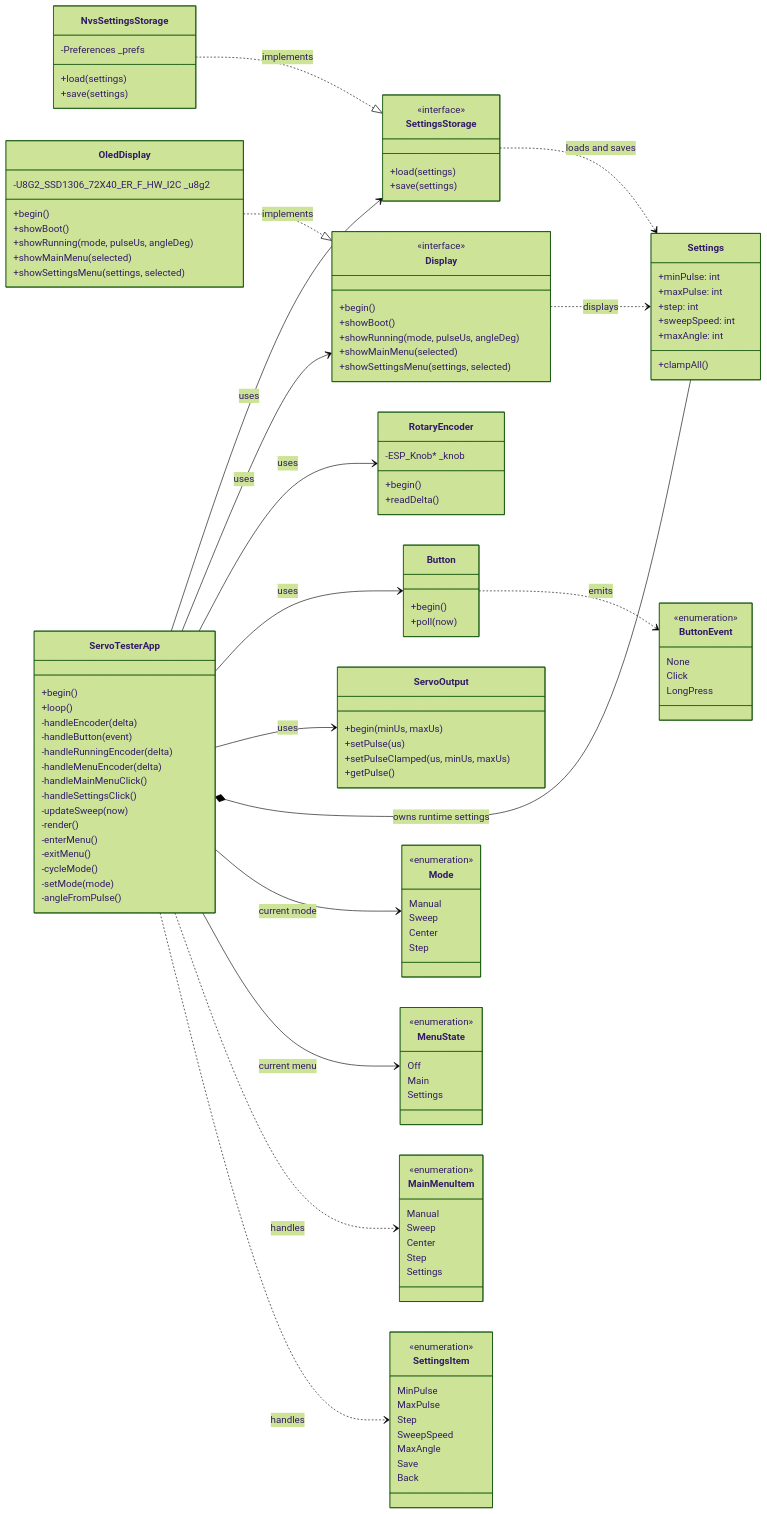
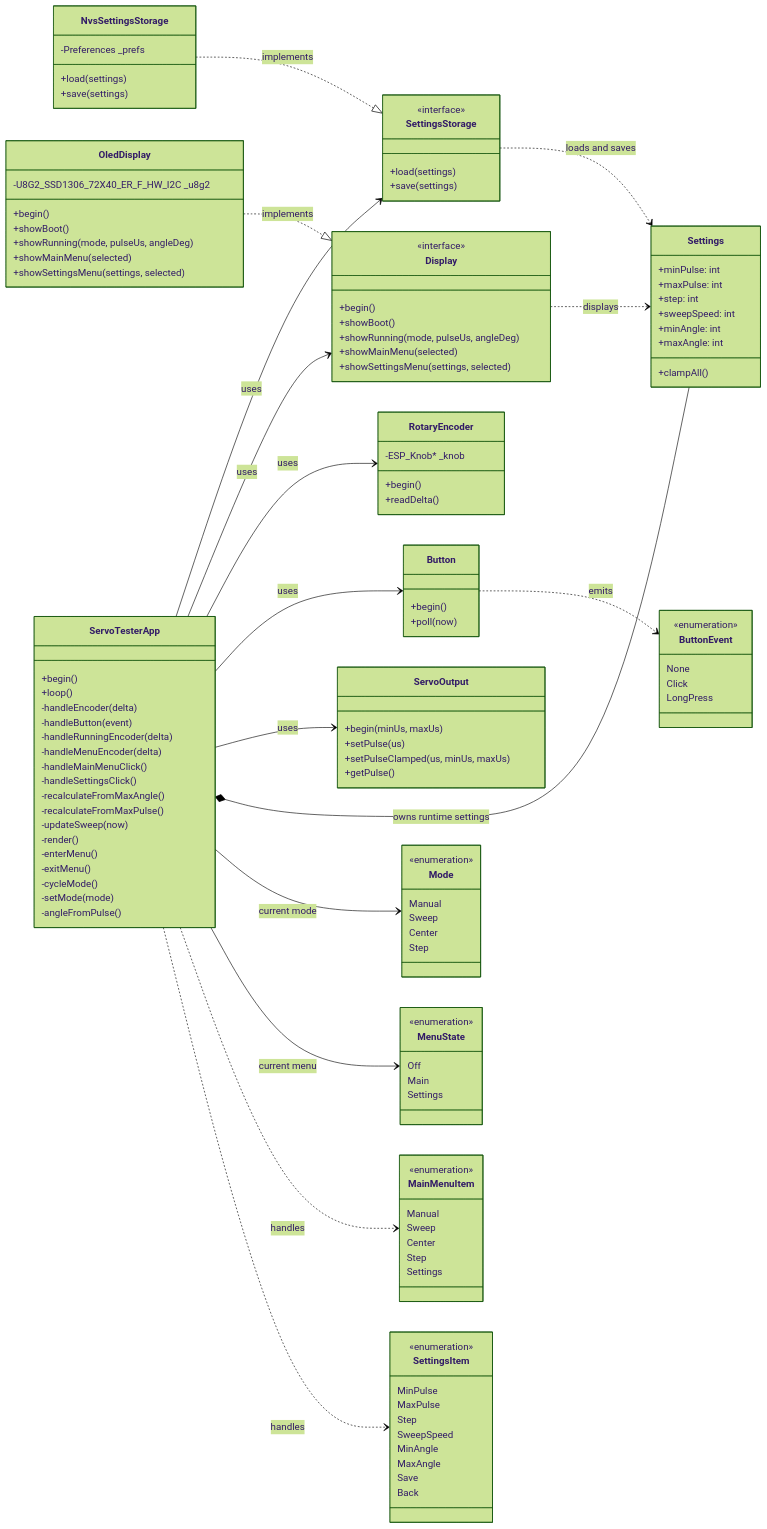
Before and after one commit to DKKivu/ServoTester: the second of 3 diagrams in DIAGRAMS.md, drawn with Mermaid (forest theme). The commit also changed other lines of this file and 3 other files, not shown here.

```diff
--- a/DIAGRAMS.md
+++ b/DIAGRAMS.md
@@ -61,6 +61,8 @@
         -handleMenuEncoder(delta)
         -handleMainMenuClick()
         -handleSettingsClick()
+        -recalculateFromMaxAngle()
+        -recalculateFromMaxPulse()
         -updateSweep(now)
         -render()
         -enterMenu()
@@ -75,6 +77,7 @@
         +maxPulse: int
         +step: int
         +sweepSpeed: int
+        +minAngle: int
         +maxAngle: int
         +clampAll()
     }
@@ -164,6 +167,7 @@
         MaxPulse
         Step
         SweepSpeed
+        MinAngle
         MaxAngle
         Save
         Back
```
